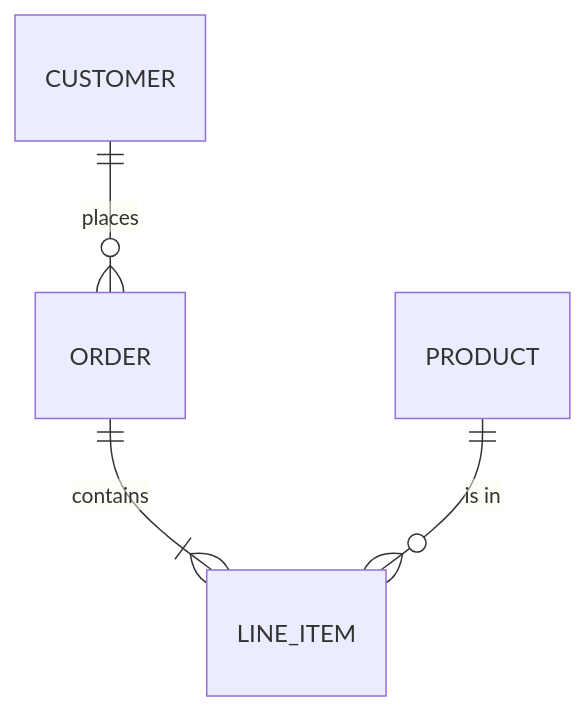
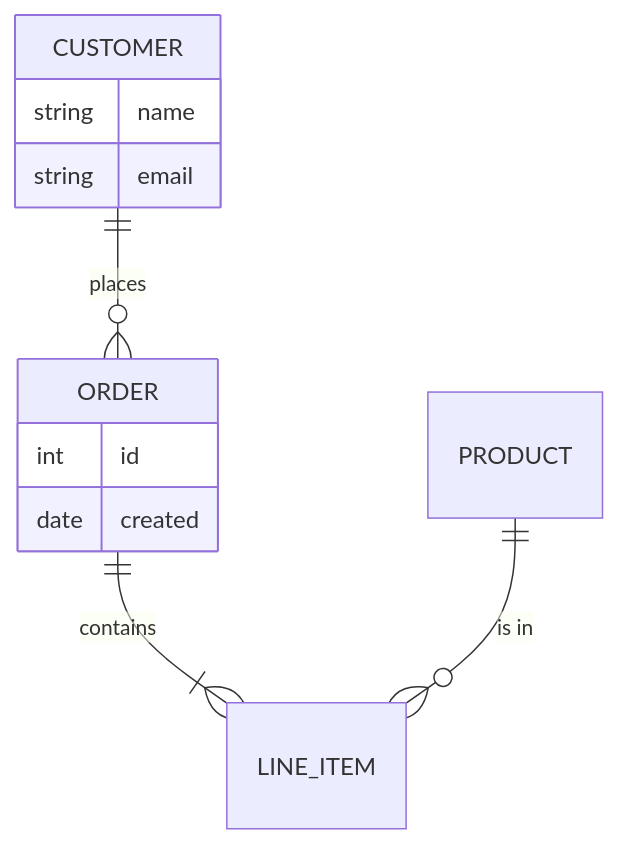
Before and after one commit to elastic/docs-builder: the tenth of 29 diagrams in docs/syntax/diagrams.md, drawn with Mermaid. The commit also changed other lines of this file and 9 other files, not shown here.

First line of the commit message:
Replace Beautiful Mermaid with Mermaider for server-side diagram rendering (#2838)

````diff
--- a/docs/syntax/diagrams.md
+++ b/docs/syntax/diagrams.md
@@ -172,6 +271,14 @@
 ```mermaid
 erDiagram
     CUSTOMER ||--o{ ORDER : places
     ORDER ||--|{ LINE_ITEM : contains
     PRODUCT ||--o{ LINE_ITEM : "is in"
+    CUSTOMER {
+        string name
+        string email
+    }
+    ORDER {
+        int id
+        date created
+    }
 ```
````
